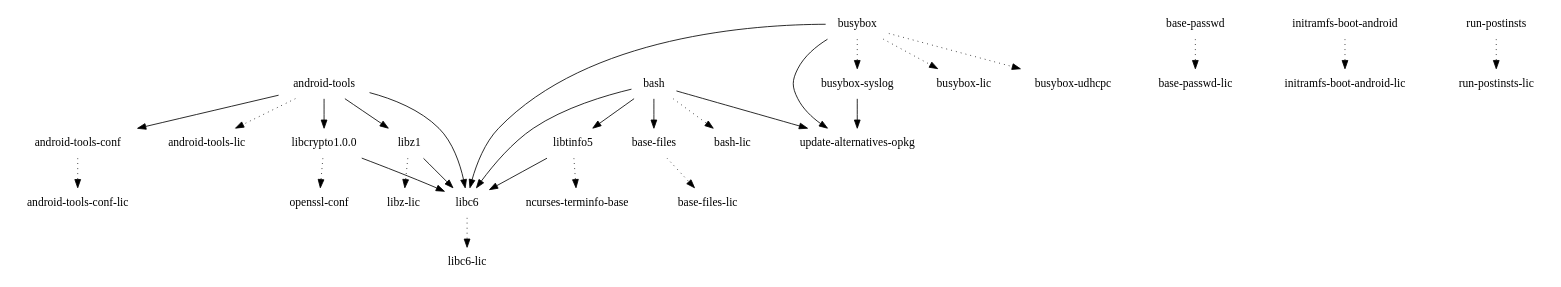
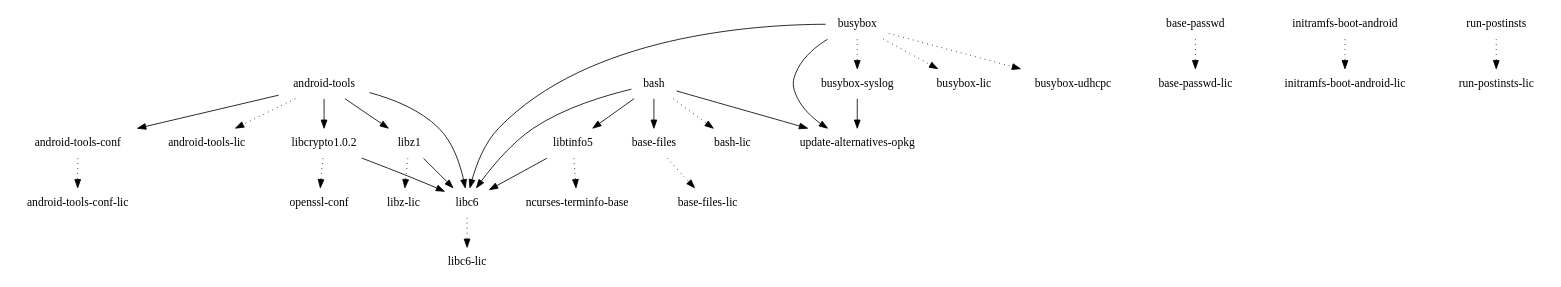
The diagram in images/mako/glibc/initramfs-android-image/depends-nokernel.dot (webOS-ports/buildhistory), drawn with Graphviz before and after one commit. The commit also changed 25 other files, not shown here.

```diff
--- a/images/mako/glibc/initramfs-android-image/depends-nokernel.dot
+++ b/images/mako/glibc/initramfs-android-image/depends-nokernel.dot
@@ -1,31 +1,31 @@
 digraph depends {
     node [shape=plaintext]
 "android-tools" -> "android-tools-conf";
 "android-tools" -> "android-tools-lic" [style=dotted];
+"android-tools-conf" -> "android-tools-conf-lic" [style=dotted];
 "android-tools" -> "libc6";
-"android-tools" -> "libcrypto1.0.0";
+"android-tools" -> "libcrypto1.0.2";
 "android-tools" -> "libz1";
-"android-tools-conf" -> "android-tools-conf-lic" [style=dotted];
 "base-files" -> "base-files-lic" [style=dotted];
 "base-passwd" -> "base-passwd-lic" [style=dotted];
 "bash" -> "base-files";
 "bash" -> "bash-lic" [style=dotted];
 "bash" -> "libc6";
 "bash" -> "libtinfo5";
 "bash" -> "update-alternatives-opkg";
 "busybox" -> "busybox-lic" [style=dotted];
 "busybox" -> "busybox-syslog" [style=dotted];
 "busybox" -> "busybox-udhcpc" [style=dotted];
 "busybox" -> "libc6";
+"busybox-syslog" -> "update-alternatives-opkg";
 "busybox" -> "update-alternatives-opkg";
-"busybox-syslog" -> "update-alternatives-opkg";
 "initramfs-boot-android" -> "initramfs-boot-android-lic" [style=dotted];
 "libc6" -> "libc6-lic" [style=dotted];
-"libcrypto1.0.0" -> "libc6";
-"libcrypto1.0.0" -> "openssl-conf" [style=dotted];
+"libcrypto1.0.2" -> "libc6";
+"libcrypto1.0.2" -> "openssl-conf" [style=dotted];
 "libtinfo5" -> "libc6";
 "libtinfo5" -> "ncurses-terminfo-base" [style=dotted];
 "libz1" -> "libc6";
 "libz1" -> "libz-lic" [style=dotted];
 "run-postinsts" -> "run-postinsts-lic" [style=dotted];
 }
```
